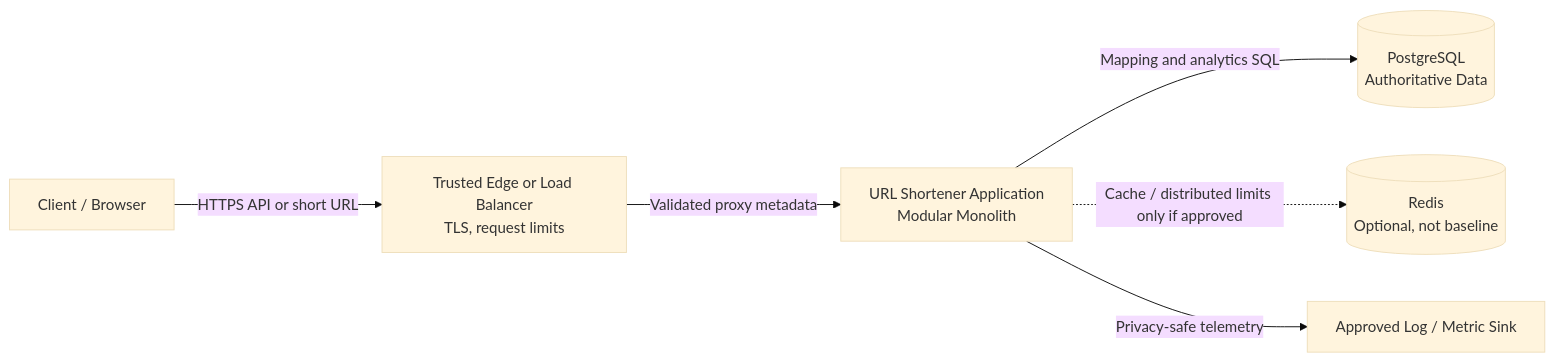
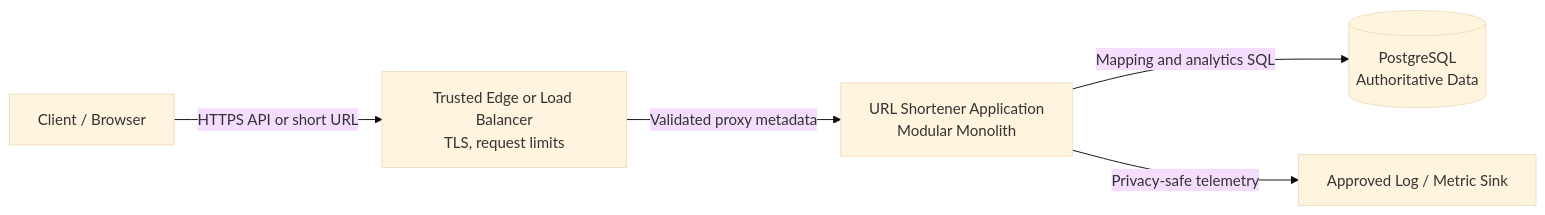
The first of 3 diagrams in docs/architecture.md (manojreddydeveloper/url_shortner), drawn with Mermaid (base theme) before and after one commit. The commit also changed other lines of this file and 17 other files, not shown here.

First line of the commit message:
feat(architecture): define system boundaries and stack

````diff
--- a/docs/architecture.md
+++ b/docs/architecture.md
@@ -28,15 +41,13 @@
 ```mermaid
 flowchart LR
     Client[Client / Browser]
     Edge[Trusted Edge or Load Balancer\nTLS, request limits]
     App[URL Shortener Application\nModular Monolith]
     DB[(PostgreSQL\nAuthoritative Data)]
-    Redis[(Redis\nOptional, not baseline)]
     Telemetry[Approved Log / Metric Sink]
 
     Client -->|HTTPS API or short URL| Edge
     Edge -->|Validated proxy metadata| App
     App -->|Mapping and analytics SQL| DB
-    App -.->|Cache / distributed limits only if approved| Redis
     App -->|Privacy-safe telemetry| Telemetry
 ```
````
